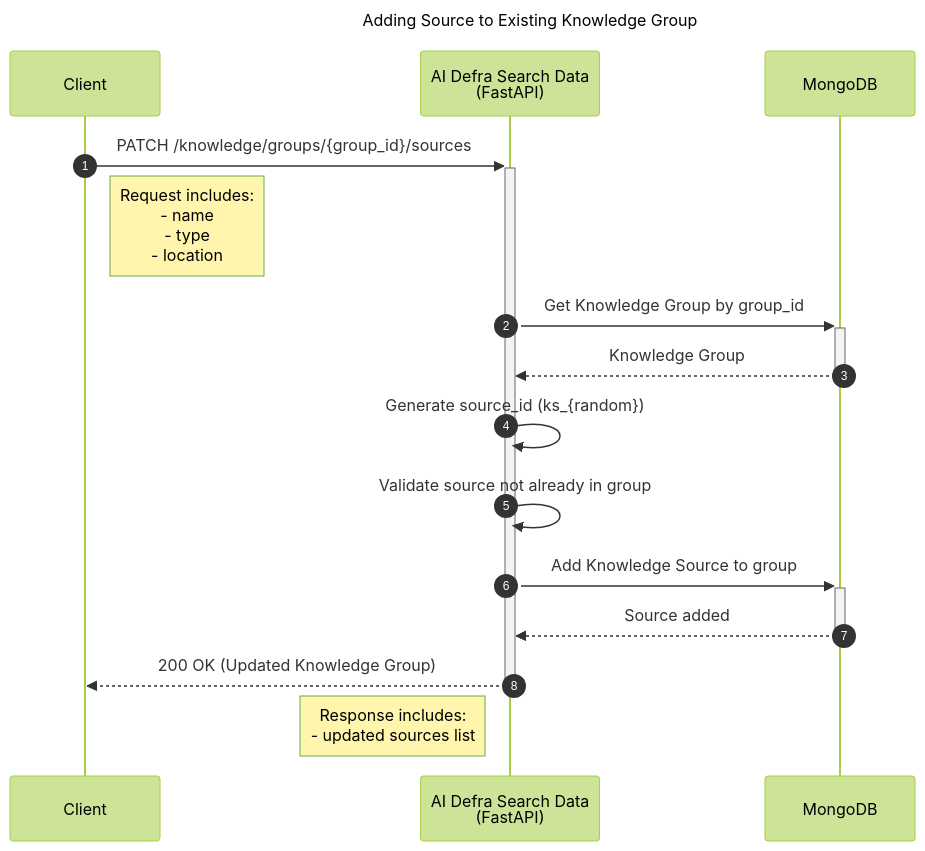
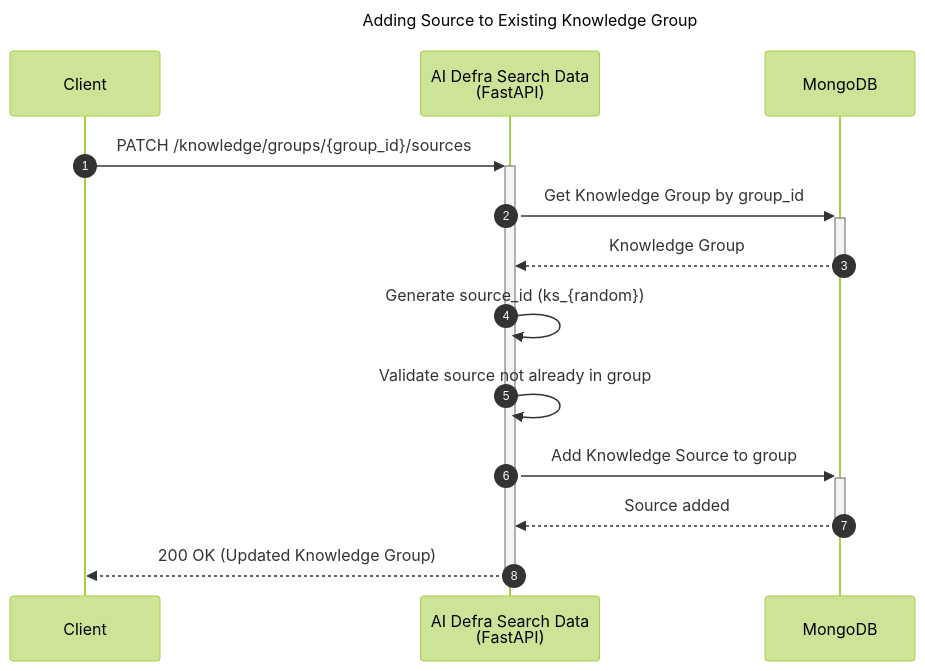
One commit to DEFRA/ai-defra-search-data changed the fourth of 7 diagrams in README.md. Above: the diagram before and after it, drawn with Mermaid (forest theme). The commit also changed other lines of this file, not shown here.

````diff
--- a/README.md
+++ b/README.md
@@ -228,25 +234,23 @@
 ```mermaid
 ---
 title: Adding Source to Existing Knowledge Group
 ---
 sequenceDiagram
     autonumber
     participant Client
     participant Service as AI Defra Search Data<br /> (FastAPI)
     participant MongoDB
     
     Client->>+Service: PATCH /knowledge/groups/{group_id}/sources
-    Note right of Client: Request includes:<br/>- name<br/>- type<br/>- location
     
     Service->>+MongoDB: Get Knowledge Group by group_id
     MongoDB-->>-Service: Knowledge Group
     
     Service->>Service: Generate source_id (ks_{random})
     Service->>Service: Validate source not already in group
     
     Service->>+MongoDB: Add Knowledge Source to group
     MongoDB-->>-Service: Source added
     
     Service-->>-Client: 200 OK (Updated Knowledge Group)
-    Note left of Service: Response includes:<br/>- updated sources list
 ```
````
